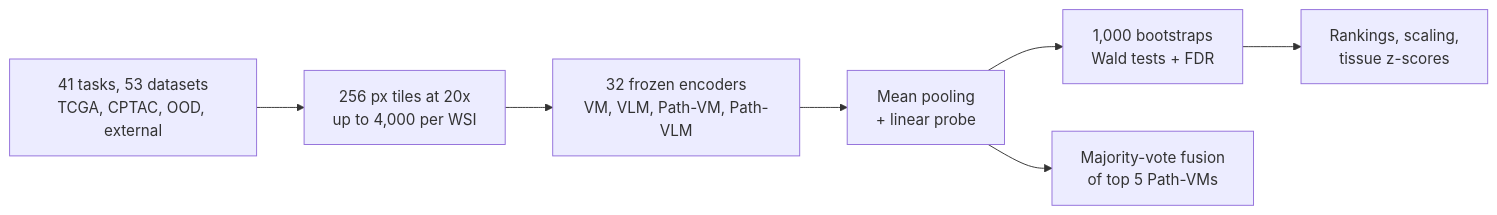
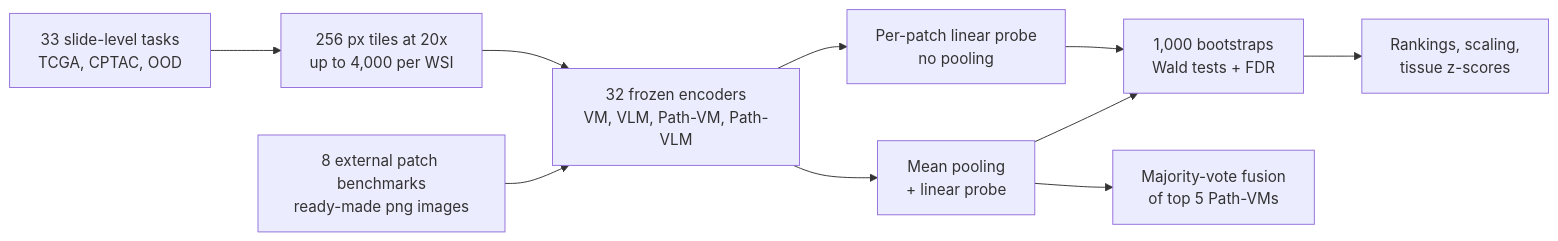
One commit to jasonjin34/Medical_reading_material changed the diagram in docs/papers/pathbench-natcommun-2026/index.md. Above: the diagram before and after it, drawn with Mermaid. The commit also changed other lines of this file and 525 other files, not shown here.

````diff
--- a/docs/papers/pathbench-natcommun-2026/index.md
+++ b/docs/papers/pathbench-natcommun-2026/index.md
@@ -32,9 +32,12 @@
 ```mermaid
 flowchart LR
-  A["41 tasks, 53 datasets<br/>TCGA, CPTAC, OOD, external"] --> B["256 px tiles at 20x<br/>up to 4,000 per WSI"]
+  A["33 slide-level tasks<br/>TCGA, CPTAC, OOD"] --> B["256 px tiles at 20x<br/>up to 4,000 per WSI"]
+  H["8 external patch benchmarks<br/>ready-made png images"] --> C
   B --> C["32 frozen encoders<br/>VM, VLM, Path-VM, Path-VLM"]
   C --> D["Mean pooling<br/>+ linear probe"]
+  C --> P["Per-patch linear probe<br/>no pooling"]
   D --> E["1,000 bootstraps<br/>Wald tests + FDR"]
+  P --> E
   E --> F["Rankings, scaling,<br/>tissue z-scores"]
   D --> G["Majority-vote fusion<br/>of top 5 Path-VMs"]
 ```
````
